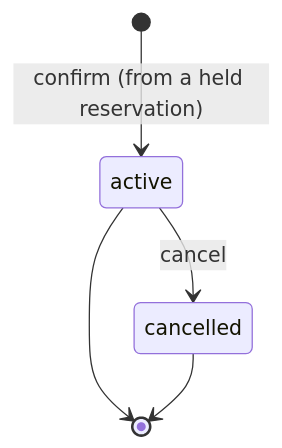
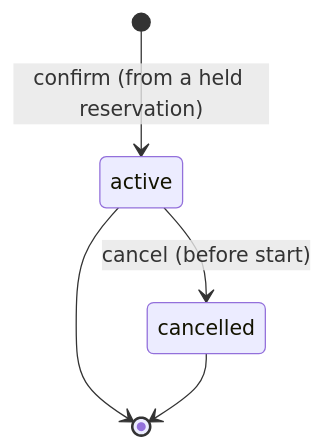
The second of 2 diagrams in docs/design/transaction-semantics.md (nancysworld/alloca-go), drawn with Mermaid before and after one commit. The commit also changed other lines of this file and 2 other files, not shown here.

````diff
--- a/docs/design/transaction-semantics.md
+++ b/docs/design/transaction-semantics.md
@@ -129,7 +218,7 @@
 ```mermaid
 stateDiagram-v2
     [*] --> active: confirm (from a held reservation)
-    active --> cancelled: cancel
+    active --> cancelled: cancel (before start)
     active --> [*]
     cancelled --> [*]
 ```
````
